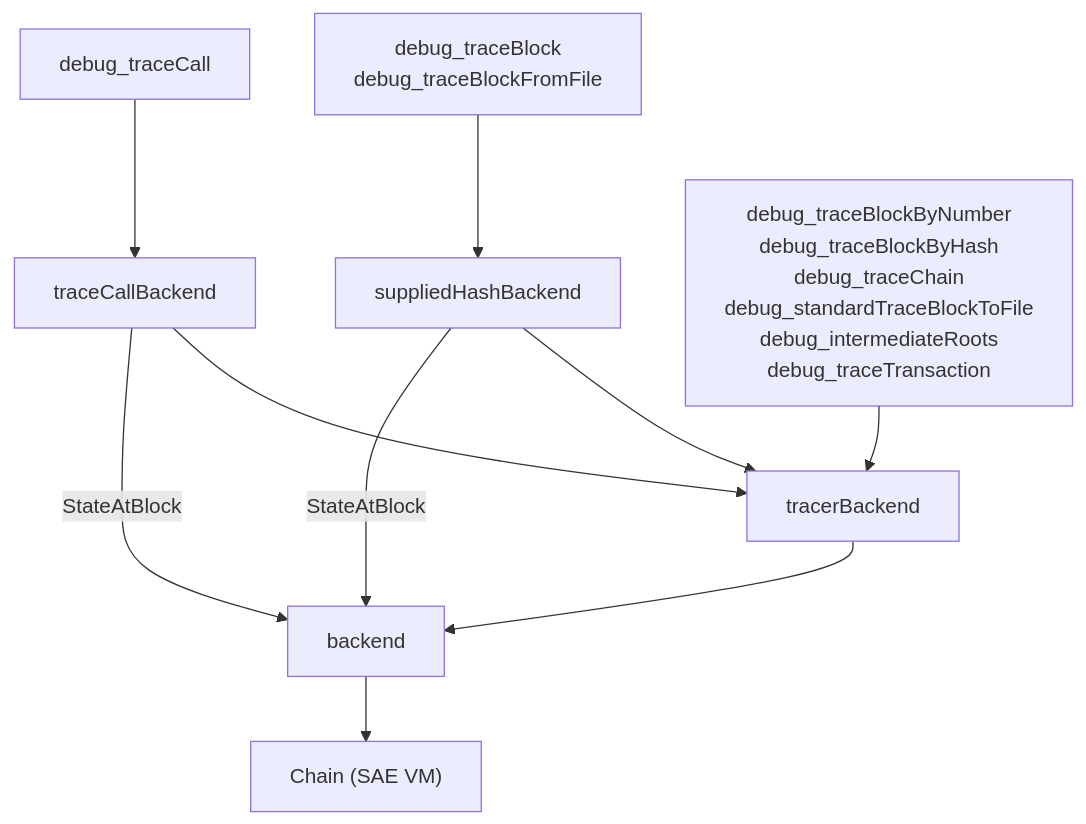
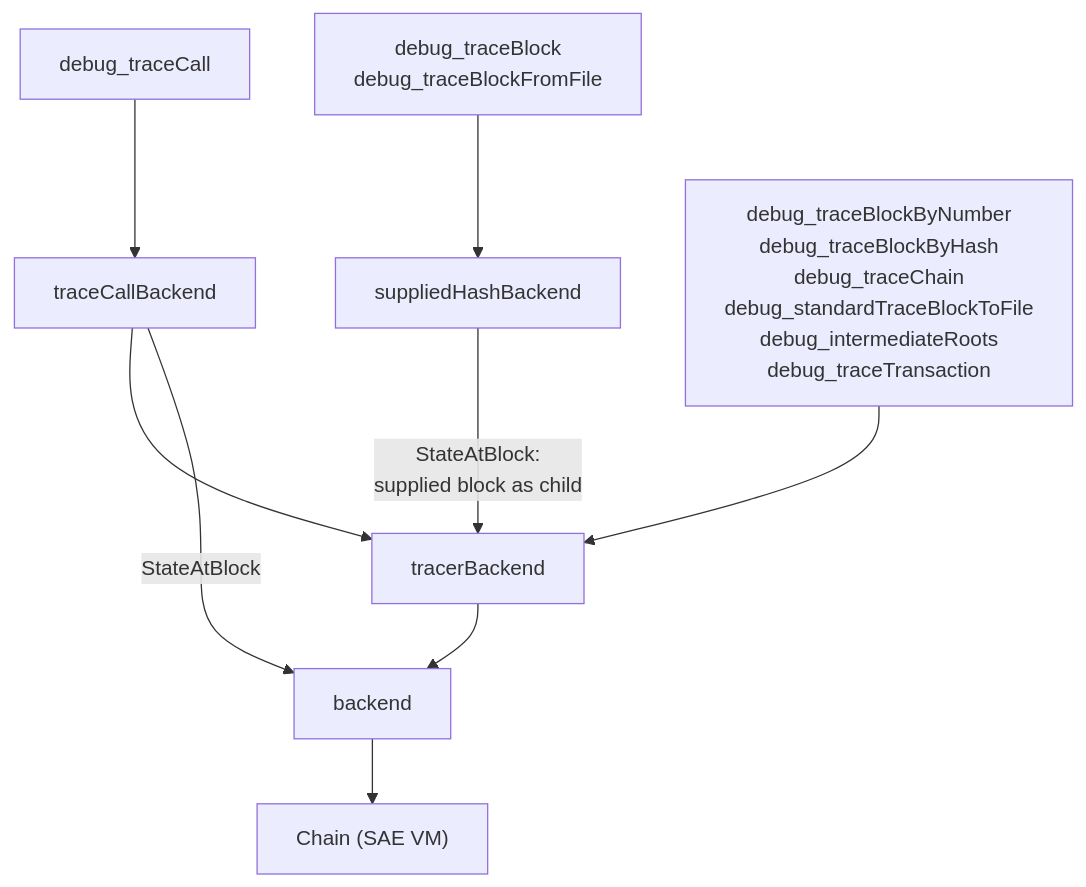
Before and after one commit to ava-labs/avalanchego: the diagram in vms/saevm/sae/rpc/README.md, drawn with Mermaid. The commit also changed other lines of this file and 12 other files, not shown here.

````diff
--- a/vms/saevm/sae/rpc/README.md
+++ b/vms/saevm/sae/rpc/README.md
@@ -45,13 +40,12 @@
 ```mermaid
 graph TD
     reseal["debug_traceBlock<br/>debug_traceBlockFromFile"] --> suppliedHashBackend
     traceCall["debug_traceCall"] --> traceCallBackend
     canonical["debug_traceBlockByNumber<br/>debug_traceBlockByHash<br/>debug_traceChain<br/>debug_standardTraceBlockToFile<br/>debug_intermediateRoots<br/>debug_traceTransaction"] --> tracerBackend
 
-    suppliedHashBackend --> tracerBackend
-    suppliedHashBackend -->|"StateAtBlock"| backend
+    suppliedHashBackend -->|"StateAtBlock:<br/>supplied block as child"| tracerBackend
     traceCallBackend --> tracerBackend
     traceCallBackend -->|"StateAtBlock"| backend
     tracerBackend --> backend
     backend --> chain["Chain (SAE VM)"]
 ```
````
